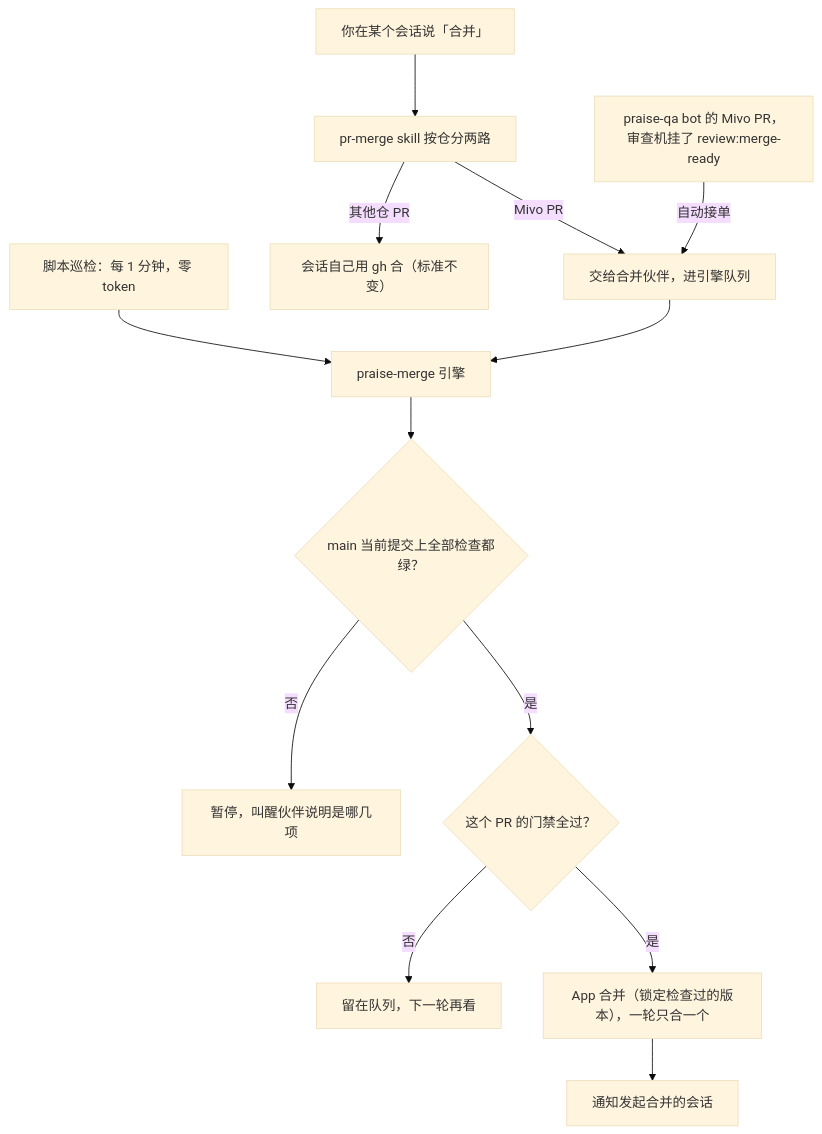
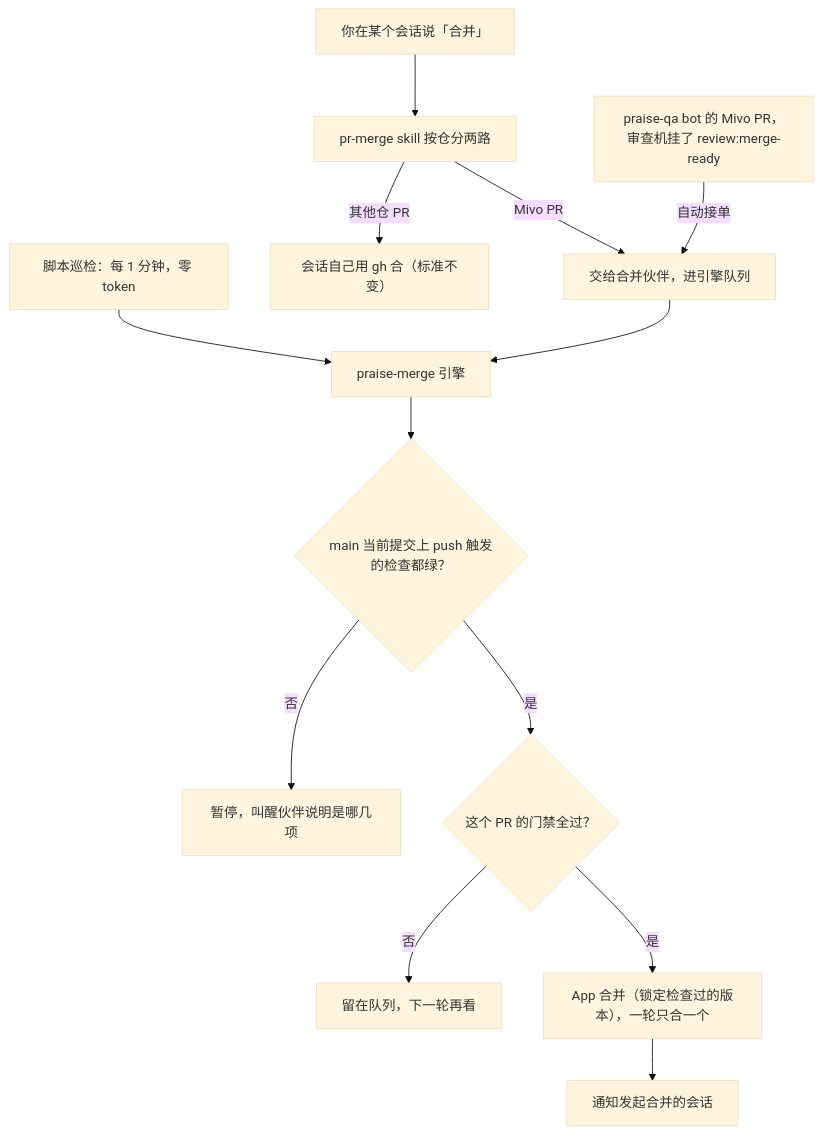
Before and after one commit to PraiseZhu/praise-merge: the diagram in docs/how-it-works.md, drawn with Mermaid (base theme). The commit also changed other lines of this file and 8 other files, not shown here.

````diff
--- a/docs/how-it-works.md
+++ b/docs/how-it-works.md
@@ -9,15 +9,15 @@
 ```mermaid
 flowchart TD
   U["你在某个会话说「合并」"] --> S["pr-merge skill 按仓分两路"]
   S -->|Mivo PR| Q["交给合并伙伴，进引擎队列"]
   S -->|其他仓 PR| D["会话自己用 gh 合（标准不变）"]
   B["praise-qa bot 的 Mivo PR，审查机挂了 review:merge-ready"] -->|自动接单| Q
   T["脚本巡检：每 1 分钟，零 token"] --> E["praise-merge 引擎"]
   Q --> E
-  E --> G1{"main 当前提交上全部检查都绿？"}
+  E --> G1{"main 当前提交上 push 触发的检查都绿？"}
   G1 -->|否| P["暂停，叫醒伙伴说明是哪几项"]
   G1 -->|是| G2{"这个 PR 的门禁全过？"}
   G2 -->|否| W["留在队列，下一轮再看"]
   G2 -->|是| M["App 合并（锁定检查过的版本），一轮只合一个"]
   M --> N["通知发起合并的会话"]
 ```
````
